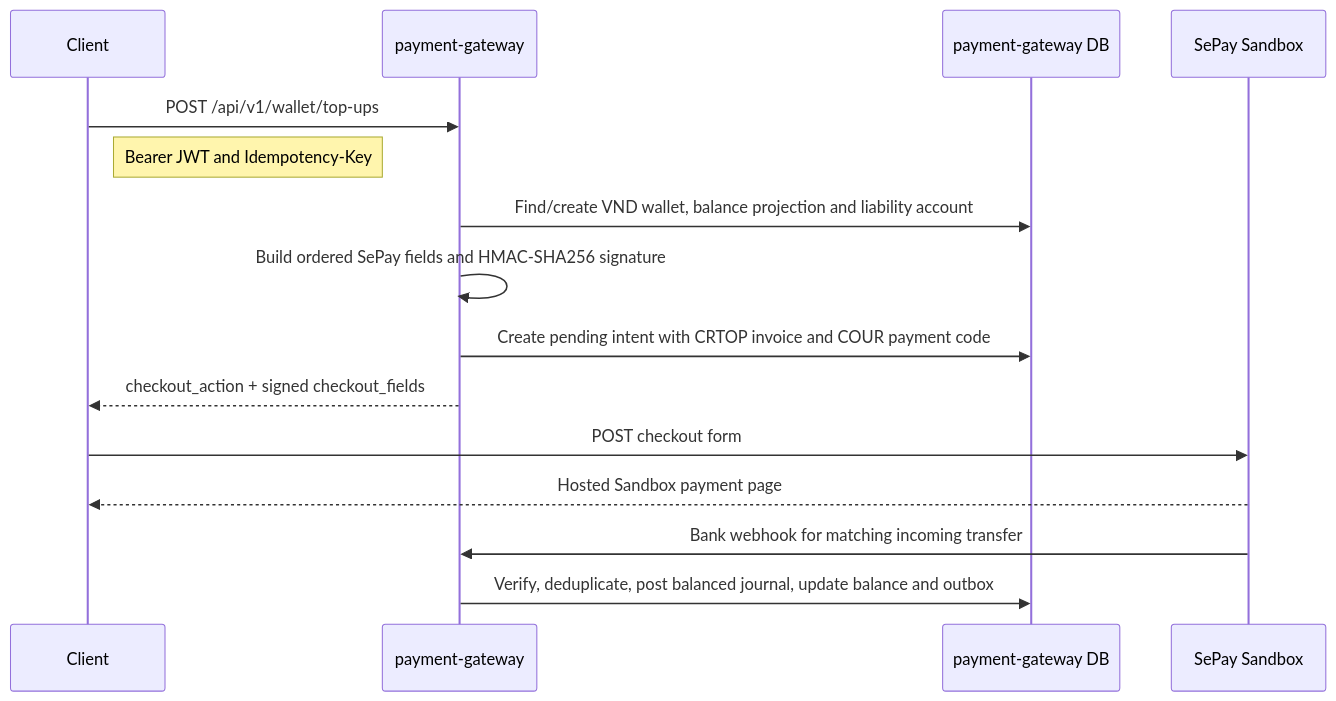
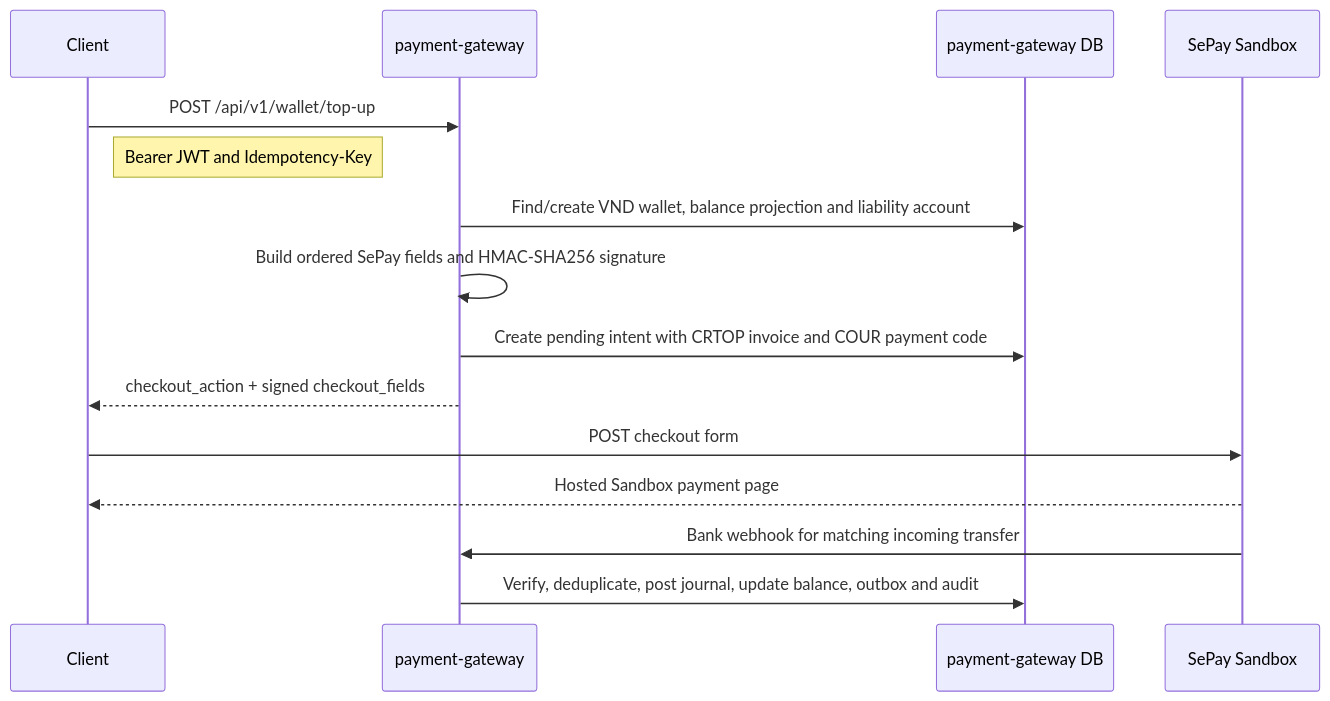
The diagram in payment-gateway/docs/sepay-topup-flow.md (vucongthanh92/courier), drawn with Mermaid before and after one commit. The commit also changed other lines of this file and 42 other files, not shown here.

Commit message:
feat: add wallet balance and Flikk app

````diff
--- a/payment-gateway/docs/sepay-topup-flow.md
+++ b/payment-gateway/docs/sepay-topup-flow.md
@@ -3,18 +3,18 @@
 ```mermaid
 sequenceDiagram
     participant Client
     participant PG as payment-gateway
     participant DB as payment-gateway DB
     participant SP as SePay Sandbox
 
-    Client->>PG: POST /api/v1/wallet/top-ups
+    Client->>PG: POST /api/v1/wallet/top-up
     Note right of Client: Bearer JWT and Idempotency-Key
     PG->>DB: Find/create VND wallet, balance projection and liability account
     PG->>PG: Build ordered SePay fields and HMAC-SHA256 signature
     PG->>DB: Create pending intent with CRTOP invoice and COUR payment code
     PG-->>Client: checkout_action + signed checkout_fields
     Client->>SP: POST checkout form
     SP-->>Client: Hosted Sandbox payment page
     SP->>PG: Bank webhook for matching incoming transfer
-    PG->>DB: Verify, deduplicate, post balanced journal, update balance and outbox
+    PG->>DB: Verify, deduplicate, post journal, update balance, outbox and audit
 ```
````
